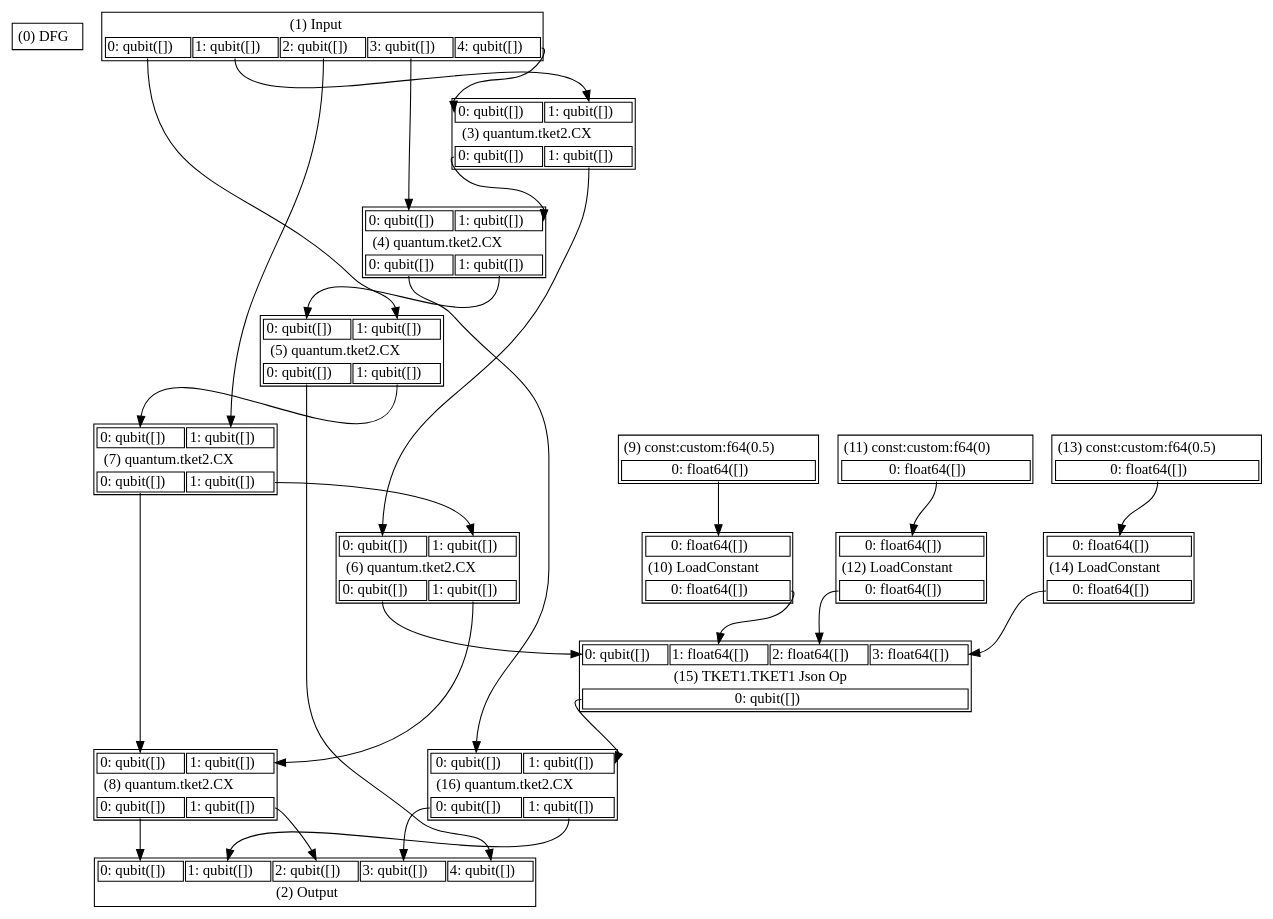
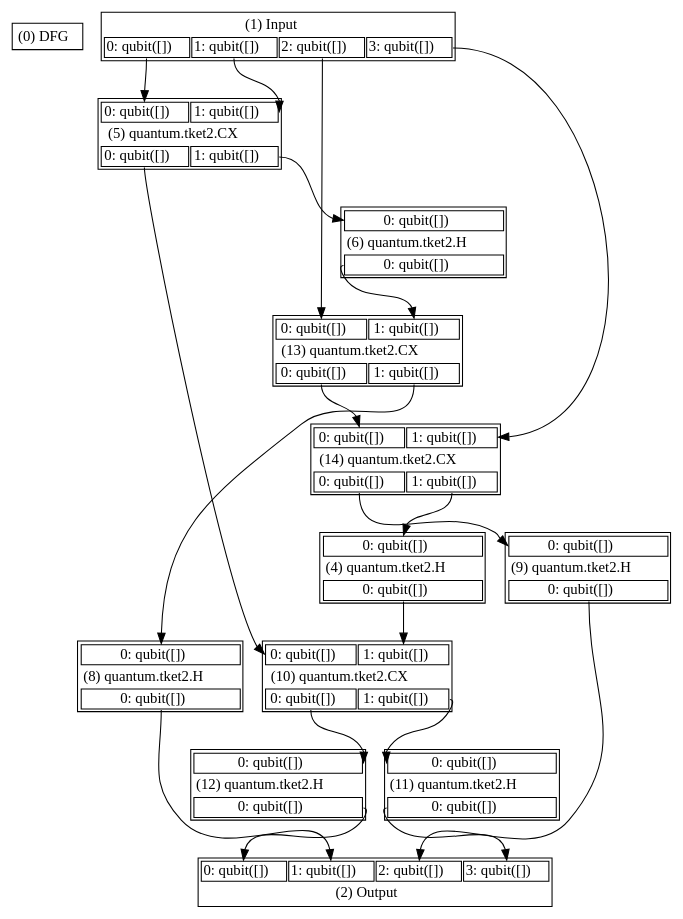
Before and after one commit to CQCL/tket2: the diagram in pre_optimization.dot, drawn with Graphviz. The commit also changed 9 other files, not shown here.

```diff
--- a/pre_optimization.dot
+++ b/pre_optimization.dot
@@ -1,45 +1,33 @@
 digraph {
 0 [shape=plain label=<<table border="1"><tr><td align="text" border="0" colspan="1">(0) DFG</td></tr></table>>]
-1 [shape=plain label=<<table border="1"><tr><td align="text" border="0" colspan="5">(1) Input</td></tr><tr><td port="out0" align="text" colspan="1" cellpadding="1" >0: qubit([])</td><td port="out1" align="text" colspan="1" cellpadding="1" >1: qubit([])</td><td port="out2" align="text" colspan="1" cellpadding="1" >2: qubit([])</td><td port="out3" align="text" colspan="1" cellpadding="1" >3: qubit([])</td><td port="out4" align="text" colspan="1" cellpadding="1" >4: qubit([])</td></tr></table>>]
-1:out0 -> 5:in1 [style=""]
-1:out1 -> 3:in1 [style=""]
-1:out2 -> 7:in1 [style=""]
-1:out3 -> 4:in0 [style=""]
-1:out4 -> 3:in0 [style=""]
-2 [shape=plain label=<<table border="1"><tr><td port="in0" align="text" colspan="1" cellpadding="1" >0: qubit([])</td><td port="in1" align="text" colspan="1" cellpadding="1" >1: qubit([])</td><td port="in2" align="text" colspan="1" cellpadding="1" >2: qubit([])</td><td port="in3" align="text" colspan="1" cellpadding="1" >3: qubit([])</td><td port="in4" align="text" colspan="1" cellpadding="1" >4: qubit([])</td></tr><tr><td align="text" border="0" colspan="5">(2) Output</td></tr></table>>]
-3 [shape=plain label=<<table border="1"><tr><td port="in0" align="text" colspan="2" cellpadding="1" >0: qubit([])</td><td port="in1" align="text" colspan="2" cellpadding="1" >1: qubit([])</td></tr><tr><td align="text" border="0" colspan="4">(3) quantum.tket2.CX</td></tr><tr><td port="out0" align="text" colspan="2" cellpadding="1" >0: qubit([])</td><td port="out1" align="text" colspan="2" cellpadding="1" >1: qubit([])</td></tr></table>>]
-3:out0 -> 4:in1 [style=""]
-3:out1 -> 6:in0 [style=""]
-4 [shape=plain label=<<table border="1"><tr><td port="in0" align="text" colspan="2" cellpadding="1" >0: qubit([])</td><td port="in1" align="text" colspan="2" cellpadding="1" >1: qubit([])</td></tr><tr><td align="text" border="0" colspan="4">(4) quantum.tket2.CX</td></tr><tr><td port="out0" align="text" colspan="2" cellpadding="1" >0: qubit([])</td><td port="out1" align="text" colspan="2" cellpadding="1" >1: qubit([])</td></tr></table>>]
-4:out0 -> 16:in0 [style=""]
-4:out1 -> 5:in0 [style=""]
+1 [shape=plain label=<<table border="1"><tr><td align="text" border="0" colspan="4">(1) Input</td></tr><tr><td port="out0" align="text" colspan="1" cellpadding="1" >0: qubit([])</td><td port="out1" align="text" colspan="1" cellpadding="1" >1: qubit([])</td><td port="out2" align="text" colspan="1" cellpadding="1" >2: qubit([])</td><td port="out3" align="text" colspan="1" cellpadding="1" >3: qubit([])</td></tr></table>>]
+1:out0 -> 5:in0 [style=""]
+1:out1 -> 5:in1 [style=""]
+1:out2 -> 13:in0 [style=""]
+1:out3 -> 14:in1 [style=""]
+2 [shape=plain label=<<table border="1"><tr><td port="in0" align="text" colspan="1" cellpadding="1" >0: qubit([])</td><td port="in1" align="text" colspan="1" cellpadding="1" >1: qubit([])</td><td port="in2" align="text" colspan="1" cellpadding="1" >2: qubit([])</td><td port="in3" align="text" colspan="1" cellpadding="1" >3: qubit([])</td></tr><tr><td align="text" border="0" colspan="4">(2) Output</td></tr></table>>]
+4 [shape=plain label=<<table border="1"><tr><td port="in0" align="text" colspan="1" cellpadding="1" >0: qubit([])</td></tr><tr><td align="text" border="0" colspan="1">(4) quantum.tket2.H</td></tr><tr><td port="out0" align="text" colspan="1" cellpadding="1" >0: qubit([])</td></tr></table>>]
+4:out0 -> 10:in1 [style=""]
 5 [shape=plain label=<<table border="1"><tr><td port="in0" align="text" colspan="2" cellpadding="1" >0: qubit([])</td><td port="in1" align="text" colspan="2" cellpadding="1" >1: qubit([])</td></tr><tr><td align="text" border="0" colspan="4">(5) quantum.tket2.CX</td></tr><tr><td port="out0" align="text" colspan="2" cellpadding="1" >0: qubit([])</td><td port="out1" align="text" colspan="2" cellpadding="1" >1: qubit([])</td></tr></table>>]
-5:out0 -> 2:in4 [style=""]
-5:out1 -> 7:in0 [style=""]
-6 [shape=plain label=<<table border="1"><tr><td port="in0" align="text" colspan="2" cellpadding="1" >0: qubit([])</td><td port="in1" align="text" colspan="2" cellpadding="1" >1: qubit([])</td></tr><tr><td align="text" border="0" colspan="4">(6) quantum.tket2.CX</td></tr><tr><td port="out0" align="text" colspan="2" cellpadding="1" >0: qubit([])</td><td port="out1" align="text" colspan="2" cellpadding="1" >1: qubit([])</td></tr></table>>]
-6:out0 -> 15:in0 [style=""]
-6:out1 -> 8:in1 [style=""]
-7 [shape=plain label=<<table border="1"><tr><td port="in0" align="text" colspan="2" cellpadding="1" >0: qubit([])</td><td port="in1" align="text" colspan="2" cellpadding="1" >1: qubit([])</td></tr><tr><td align="text" border="0" colspan="4">(7) quantum.tket2.CX</td></tr><tr><td port="out0" align="text" colspan="2" cellpadding="1" >0: qubit([])</td><td port="out1" align="text" colspan="2" cellpadding="1" >1: qubit([])</td></tr></table>>]
-7:out0 -> 8:in0 [style=""]
-7:out1 -> 6:in1 [style=""]
-8 [shape=plain label=<<table border="1"><tr><td port="in0" align="text" colspan="2" cellpadding="1" >0: qubit([])</td><td port="in1" align="text" colspan="2" cellpadding="1" >1: qubit([])</td></tr><tr><td align="text" border="0" colspan="4">(8) quantum.tket2.CX</td></tr><tr><td port="out0" align="text" colspan="2" cellpadding="1" >0: qubit([])</td><td port="out1" align="text" colspan="2" cellpadding="1" >1: qubit([])</td></tr></table>>]
-8:out0 -> 2:in0 [style=""]
-8:out1 -> 2:in2 [style=""]
-9 [shape=plain label=<<table border="1"><tr><td align="text" border="0" colspan="1">(9) const:custom:f64(0.5)</td></tr><tr><td port="out0" align="text" colspan="1" cellpadding="1" >0: float64([])</td></tr></table>>]
-9:out0 -> 10:in0 [style=""]
-10 [shape=plain label=<<table border="1"><tr><td port="in0" align="text" colspan="1" cellpadding="1" >0: float64([])</td></tr><tr><td align="text" border="0" colspan="1">(10) LoadConstant</td></tr><tr><td port="out0" align="text" colspan="1" cellpadding="1" >0: float64([])</td></tr></table>>]
-10:out0 -> 15:in1 [style=""]
-11 [shape=plain label=<<table border="1"><tr><td align="text" border="0" colspan="1">(11) const:custom:f64(0)</td></tr><tr><td port="out0" align="text" colspan="1" cellpadding="1" >0: float64([])</td></tr></table>>]
-11:out0 -> 12:in0 [style=""]
-12 [shape=plain label=<<table border="1"><tr><td port="in0" align="text" colspan="1" cellpadding="1" >0: float64([])</td></tr><tr><td align="text" border="0" colspan="1">(12) LoadConstant</td></tr><tr><td port="out0" align="text" colspan="1" cellpadding="1" >0: float64([])</td></tr></table>>]
-12:out0 -> 15:in2 [style=""]
-13 [shape=plain label=<<table border="1"><tr><td align="text" border="0" colspan="1">(13) const:custom:f64(0.5)</td></tr><tr><td port="out0" align="text" colspan="1" cellpadding="1" >0: float64([])</td></tr></table>>]
+5:out0 -> 10:in0 [style=""]
+5:out1 -> 6:in0 [style=""]
+6 [shape=plain label=<<table border="1"><tr><td port="in0" align="text" colspan="1" cellpadding="1" >0: qubit([])</td></tr><tr><td align="text" border="0" colspan="1">(6) quantum.tket2.H</td></tr><tr><td port="out0" align="text" colspan="1" cellpadding="1" >0: qubit([])</td></tr></table>>]
+6:out0 -> 13:in1 [style=""]
+8 [shape=plain label=<<table border="1"><tr><td port="in0" align="text" colspan="1" cellpadding="1" >0: qubit([])</td></tr><tr><td align="text" border="0" colspan="1">(8) quantum.tket2.H</td></tr><tr><td port="out0" align="text" colspan="1" cellpadding="1" >0: qubit([])</td></tr></table>>]
+8:out0 -> 2:in1 [style=""]
+9 [shape=plain label=<<table border="1"><tr><td port="in0" align="text" colspan="1" cellpadding="1" >0: qubit([])</td></tr><tr><td align="text" border="0" colspan="1">(9) quantum.tket2.H</td></tr><tr><td port="out0" align="text" colspan="1" cellpadding="1" >0: qubit([])</td></tr></table>>]
+9:out0 -> 2:in2 [style=""]
+10 [shape=plain label=<<table border="1"><tr><td port="in0" align="text" colspan="2" cellpadding="1" >0: qubit([])</td><td port="in1" align="text" colspan="2" cellpadding="1" >1: qubit([])</td></tr><tr><td align="text" border="0" colspan="4">(10) quantum.tket2.CX</td></tr><tr><td port="out0" align="text" colspan="2" cellpadding="1" >0: qubit([])</td><td port="out1" align="text" colspan="2" cellpadding="1" >1: qubit([])</td></tr></table>>]
+10:out0 -> 12:in0 [style=""]
+10:out1 -> 11:in0 [style=""]
+11 [shape=plain label=<<table border="1"><tr><td port="in0" align="text" colspan="1" cellpadding="1" >0: qubit([])</td></tr><tr><td align="text" border="0" colspan="1">(11) quantum.tket2.H</td></tr><tr><td port="out0" align="text" colspan="1" cellpadding="1" >0: qubit([])</td></tr></table>>]
+11:out0 -> 2:in3 [style=""]
+12 [shape=plain label=<<table border="1"><tr><td port="in0" align="text" colspan="1" cellpadding="1" >0: qubit([])</td></tr><tr><td align="text" border="0" colspan="1">(12) quantum.tket2.H</td></tr><tr><td port="out0" align="text" colspan="1" cellpadding="1" >0: qubit([])</td></tr></table>>]
+12:out0 -> 2:in0 [style=""]
+13 [shape=plain label=<<table border="1"><tr><td port="in0" align="text" colspan="2" cellpadding="1" >0: qubit([])</td><td port="in1" align="text" colspan="2" cellpadding="1" >1: qubit([])</td></tr><tr><td align="text" border="0" colspan="4">(13) quantum.tket2.CX</td></tr><tr><td port="out0" align="text" colspan="2" cellpadding="1" >0: qubit([])</td><td port="out1" align="text" colspan="2" cellpadding="1" >1: qubit([])</td></tr></table>>]
 13:out0 -> 14:in0 [style=""]
-14 [shape=plain label=<<table border="1"><tr><td port="in0" align="text" colspan="1" cellpadding="1" >0: float64([])</td></tr><tr><td align="text" border="0" colspan="1">(14) LoadConstant</td></tr><tr><td port="out0" align="text" colspan="1" cellpadding="1" >0: float64([])</td></tr></table>>]
-14:out0 -> 15:in3 [style=""]
-15 [shape=plain label=<<table border="1"><tr><td port="in0" align="text" colspan="1" cellpadding="1" >0: qubit([])</td><td port="in1" align="text" colspan="1" cellpadding="1" >1: float64([])</td><td port="in2" align="text" colspan="1" cellpadding="1" >2: float64([])</td><td port="in3" align="text" colspan="1" cellpadding="1" >3: float64([])</td></tr><tr><td align="text" border="0" colspan="4">(15) TKET1.TKET1 Json Op</td></tr><tr><td port="out0" align="text" colspan="4" cellpadding="1" >0: qubit([])</td></tr></table>>]
-15:out0 -> 16:in1 [style=""]
-16 [shape=plain label=<<table border="1"><tr><td port="in0" align="text" colspan="2" cellpadding="1" >0: qubit([])</td><td port="in1" align="text" colspan="2" cellpadding="1" >1: qubit([])</td></tr><tr><td align="text" border="0" colspan="4">(16) quantum.tket2.CX</td></tr><tr><td port="out0" align="text" colspan="2" cellpadding="1" >0: qubit([])</td><td port="out1" align="text" colspan="2" cellpadding="1" >1: qubit([])</td></tr></table>>]
-16:out0 -> 2:in3 [style=""]
-16:out1 -> 2:in1 [style=""]
+13:out1 -> 8:in0 [style=""]
+14 [shape=plain label=<<table border="1"><tr><td port="in0" align="text" colspan="2" cellpadding="1" >0: qubit([])</td><td port="in1" align="text" colspan="2" cellpadding="1" >1: qubit([])</td></tr><tr><td align="text" border="0" colspan="4">(14) quantum.tket2.CX</td></tr><tr><td port="out0" align="text" colspan="2" cellpadding="1" >0: qubit([])</td><td port="out1" align="text" colspan="2" cellpadding="1" >1: qubit([])</td></tr></table>>]
+14:out0 -> 9:in0 [style=""]
+14:out1 -> 4:in0 [style=""]
 }
```
